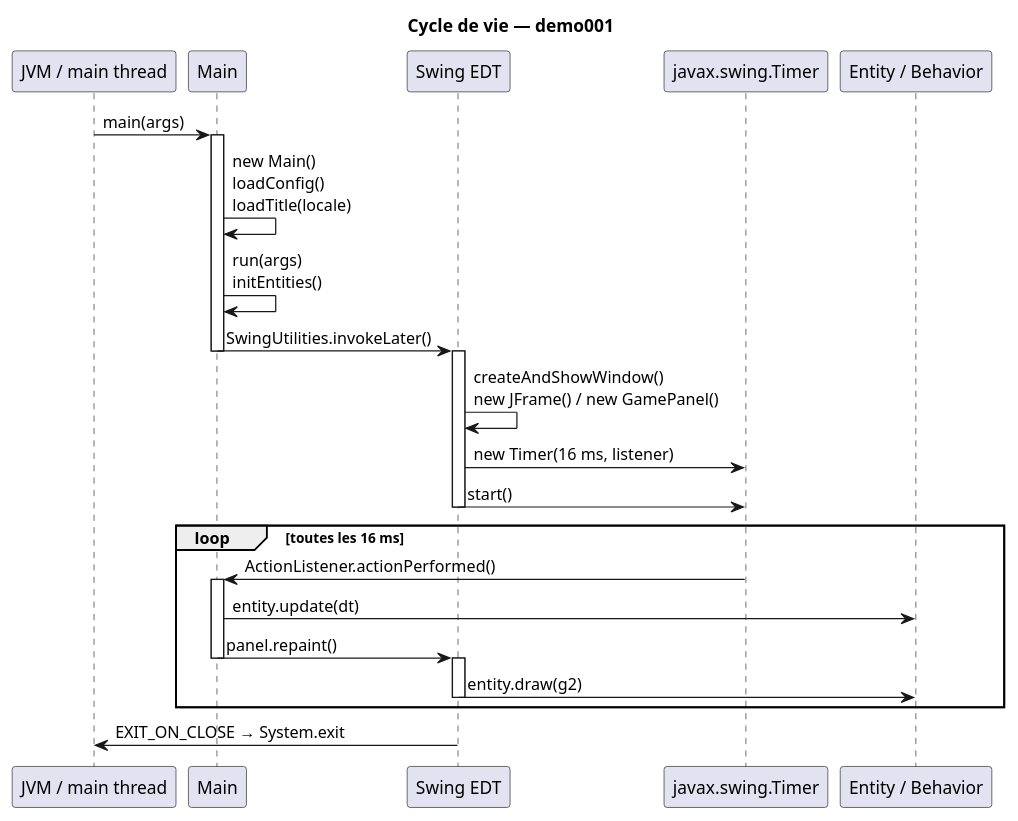
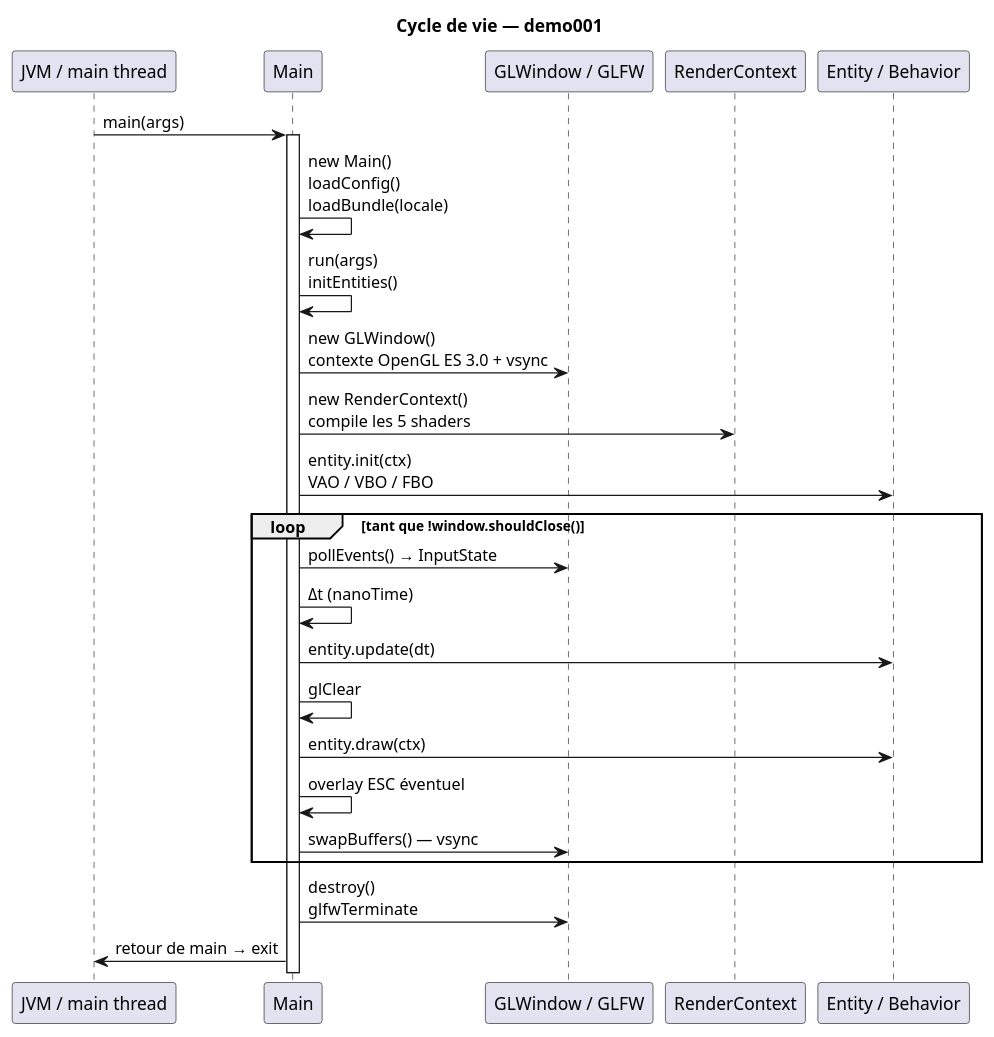
Before and after one commit to mcgivrer/demo001-arm64: the second of 3 diagrams in src/docs/01-architecture.md, drawn with PlantUML. The commit also changed other lines of this file and 38 other files, not shown here.

First line of the commit message:
Add OpenGL rendering support with shaders and text rendering

````diff
--- a/src/docs/01-architecture.md
+++ b/src/docs/01-architecture.md
@@ -119,37 +134,32 @@
 ```plantuml
 @startuml
 title Cycle de vie — demo001
 
 participant "JVM / main thread" as JVM
 participant "Main" as M
-participant "Swing EDT" as EDT
-participant "javax.swing.Timer" as T
+participant "GLWindow / GLFW" as W
+participant "RenderContext" as C
 participant "Entity / Behavior" as E
 
 JVM -> M : main(args)
 activate M
-M -> M : new Main()\nloadConfig()\nloadTitle(locale)
+M -> M : new Main()\nloadConfig()\nloadBundle(locale)
 M -> M : run(args)\ninitEntities()
-M -> EDT : SwingUtilities.invokeLater()
-deactivate M
+M -> W : new GLWindow()\ncontexte OpenGL ES 3.0 + vsync
+M -> C : new RenderContext()\ncompile les 5 shaders
+M -> E : entity.init(ctx)\nVAO / VBO / FBO
 
-activate EDT
-EDT -> EDT : createAndShowWindow()\nnew JFrame() / new GamePanel()
-EDT -> T : new Timer(16 ms, listener)
-EDT -> T : start()
-deactivate EDT
-
-loop toutes les 16 ms
-    T -> M : ActionListener.actionPerformed()
-    activate M
+loop tant que !window.shouldClose()
+    M -> W : pollEvents() → InputState
+    M -> M : Δt (nanoTime)
     M -> E : entity.update(dt)
-    M -> EDT : panel.repaint()
-    deactivate M
-    activate EDT
-    EDT -> E : entity.draw(g2)
-    deactivate EDT
+    M -> M : glClear
+    M -> E : entity.draw(ctx)
+    M -> M : overlay ESC éventuel
+    M -> W : swapBuffers() — vsync
 end
 
-EDT -> JVM : EXIT_ON_CLOSE → System.exit
+M -> W : destroy()\nglfwTerminate
+M -> JVM : retour de main → exit
 @enduml
 ```
````
